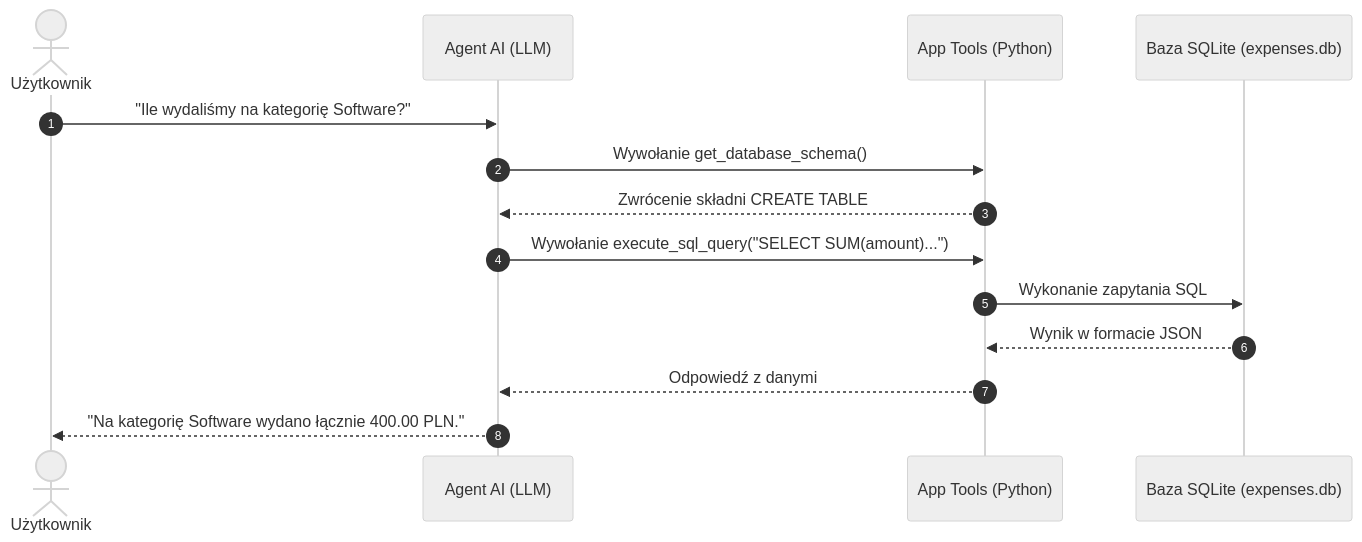
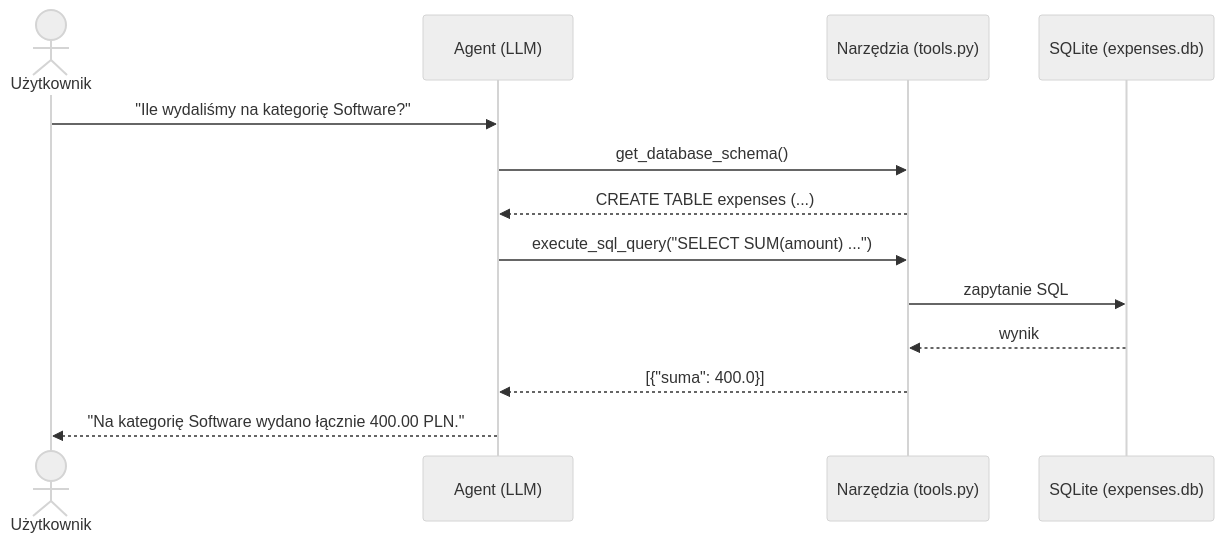
One commit to Pb-Lead0110/ai-agent-expense-management changed the diagram in README.md. Above: the diagram before and after it, drawn with Mermaid (neutral theme). The commit also changed other lines of this file and 4 other files, not shown here.

````diff
--- a/README.md
+++ b/README.md
@@ -16,17 +13,16 @@
 ```mermaid
 sequenceDiagram
-    autonumber
     actor Użytkownik
-    participant Agent as Agent AI (LLM)
-    participant Tools as App Tools (Python)
-    participant DB as Baza SQLite (expenses.db)
+    participant Agent as Agent (LLM)
+    participant Tools as Narzędzia (tools.py)
+    participant DB as SQLite (expenses.db)
 
     Użytkownik->>Agent: "Ile wydaliśmy na kategorię Software?"
-    Agent->>Tools: Wywołanie get_database_schema()
-    Tools-->>Agent: Zwrócenie składni CREATE TABLE
-    Agent->>Tools: Wywołanie execute_sql_query("SELECT SUM(amount)...")
-    Tools->>DB: Wykonanie zapytania SQL
-    DB-->>Tools: Wynik w formacie JSON
-    Tools-->>Agent: Odpowiedź z danymi
+    Agent->>Tools: get_database_schema()
+    Tools-->>Agent: CREATE TABLE expenses (...)
+    Agent->>Tools: execute_sql_query("SELECT SUM(amount) ...")
+    Tools->>DB: zapytanie SQL
+    DB-->>Tools: wynik
+    Tools-->>Agent: [{"suma": 400.0}]
     Agent-->>Użytkownik: "Na kategorię Software wydano łącznie 400.00 PLN."
 ```
````
